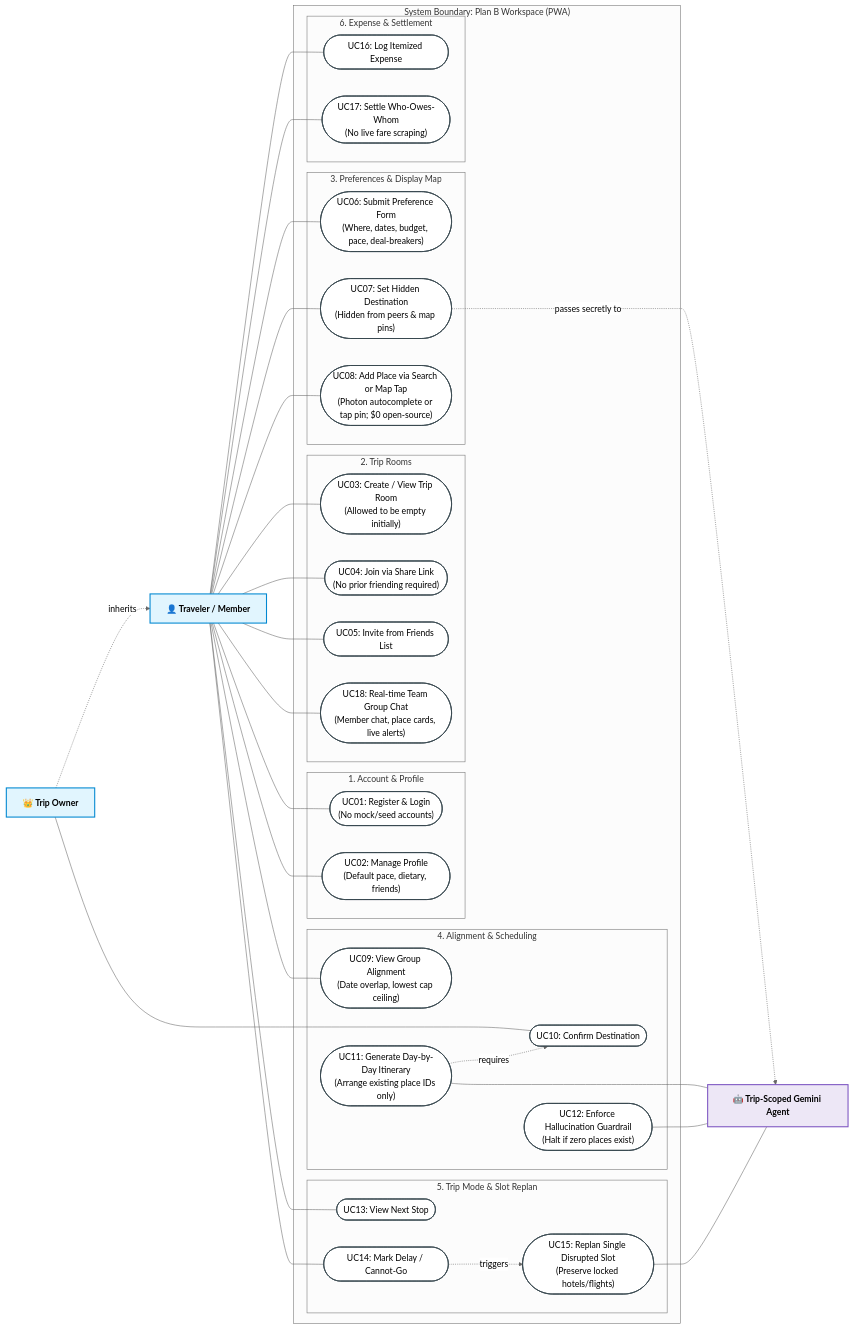
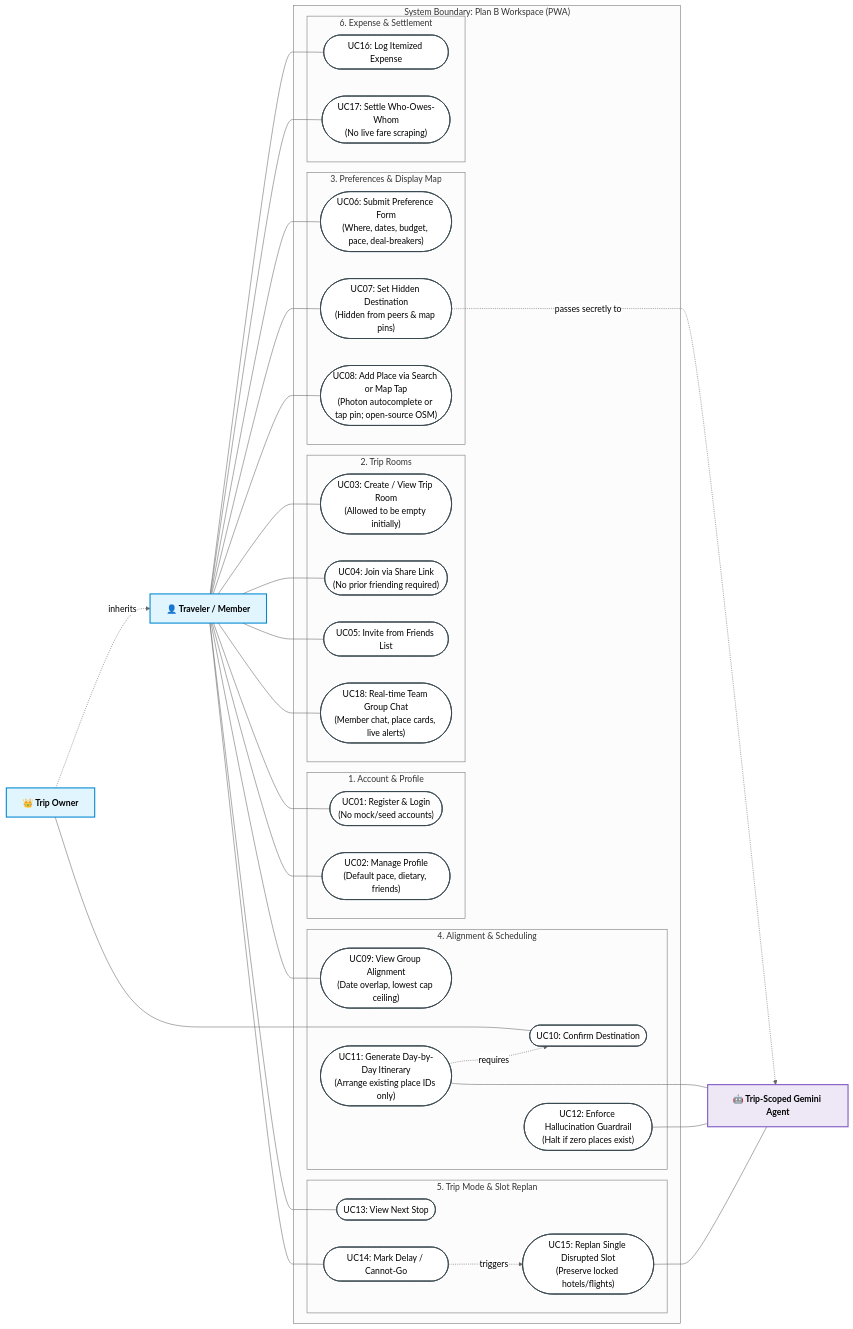
The second of 7 diagrams in docs/ideation.md (nlzce/We-are-the-champions_Plan-B), drawn with Mermaid (neutral theme) before and after one commit. The commit also changed other lines of this file and 2 other files, not shown here.

Commit message:
docs: refine architecture wording and remove zero-cost/zero-paid phrasing

````diff
--- a/docs/ideation.md
+++ b/docs/ideation.md
@@ -58,75 +58,75 @@
 ```mermaid
 flowchart LR
   classDef actor fill:#e1f5fe,stroke:#0288d1,stroke-width:2px,font-weight:bold;
   classDef usecase fill:#ffffff,stroke:#37474f,stroke-width:1.5px;
   classDef system fill:#f8f9fa,stroke:#455a64,stroke-width:2px;
   classDef ai fill:#ede7f6,stroke:#7e57c2,stroke-width:2px,font-weight:bold;
 
   Traveler["👤 Traveler / Member"]:::actor
   Owner["👑 Trip Owner"]:::actor
   Gemini["🤖 Trip-Scoped Gemini Agent"]:::ai
 
   Owner -.->|inherits| Traveler
 
   subgraph Boundary["System Boundary: Plan B Workspace (PWA)"]
     subgraph UC_Auth["1. Account & Profile"]
       UC01(["UC01: Register & Login<br/>(No mock/seed accounts)"]):::usecase
       UC02(["UC02: Manage Profile<br/>(Default pace, dietary, friends)"]):::usecase
     end
 
     subgraph UC_Room["2. Trip Rooms"]
       UC03(["UC03: Create / View Trip Room<br/>(Allowed to be empty initially)"]):::usecase
       UC04(["UC04: Join via Share Link<br/>(No prior friending required)"]):::usecase
       UC05(["UC05: Invite from Friends List"]):::usecase
       UC18(["UC18: Real-time Team Group Chat<br/>(Member chat, place cards, live alerts)"]):::usecase
     end
 
     subgraph UC_Prefs["3. Preferences & Display Map"]
       UC06(["UC06: Submit Preference Form<br/>(Where, dates, budget, pace, deal-breakers)"]):::usecase
       UC07(["UC07: Set Hidden Destination<br/>(Hidden from peers & map pins)"]):::usecase
-      UC08(["UC08: Add Place via Search or Map Tap<br/>(Photon autocomplete or tap pin; $0 open-source)"]):::usecase
+      UC08(["UC08: Add Place via Search or Map Tap<br/>(Photon autocomplete or tap pin; open-source OSM)"]):::usecase
     end
 
     subgraph UC_Plan["4. Alignment & Scheduling"]
       UC09(["UC09: View Group Alignment<br/>(Date overlap, lowest cap ceiling)"]):::usecase
       UC10(["UC10: Confirm Destination"]):::usecase
       UC11(["UC11: Generate Day-by-Day Itinerary<br/>(Arrange existing place IDs only)"]):::usecase
       UC12(["UC12: Enforce Hallucination Guardrail<br/>(Halt if zero places exist)"]):::usecase
     end
 
     subgraph UC_Trip["5. Trip Mode & Slot Replan"]
       UC13(["UC13: View Next Stop"]):::usecase
       UC14(["UC14: Mark Delay / Cannot-Go"]):::usecase
       UC15(["UC15: Replan Single Disrupted Slot<br/>(Preserve locked hotels/flights)"]):::usecase
     end
 
     subgraph UC_Money["6. Expense & Settlement"]
       UC16(["UC16: Log Itemized Expense"]):::usecase
       UC17(["UC17: Settle Who-Owes-Whom<br/>(No live fare scraping)"]):::usecase
     end
   end
 
   Traveler --- UC01
   Traveler --- UC02
   Traveler --- UC03
   Traveler --- UC04
   Traveler --- UC05
   Traveler --- UC06
   Traveler --- UC07
   Traveler --- UC08
   Traveler --- UC09
   Traveler --- UC13
   Traveler --- UC14
   Traveler --- UC16
   Traveler --- UC17
   Traveler --- UC18
 
   Owner --- UC10
 
   UC07 -.->|passes secretly to| Gemini
   UC11 -.->|requires| UC10
   UC11 --- Gemini
   UC12 --- Gemini
   UC14 -.->|triggers| UC15
   UC15 --- Gemini
 ```
````
